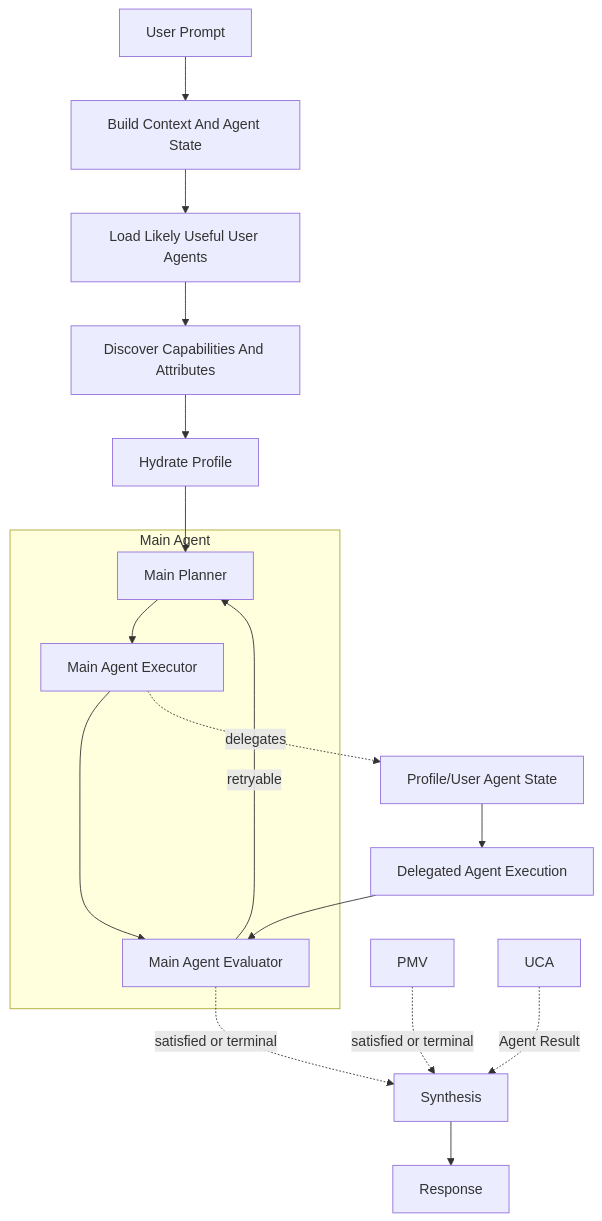
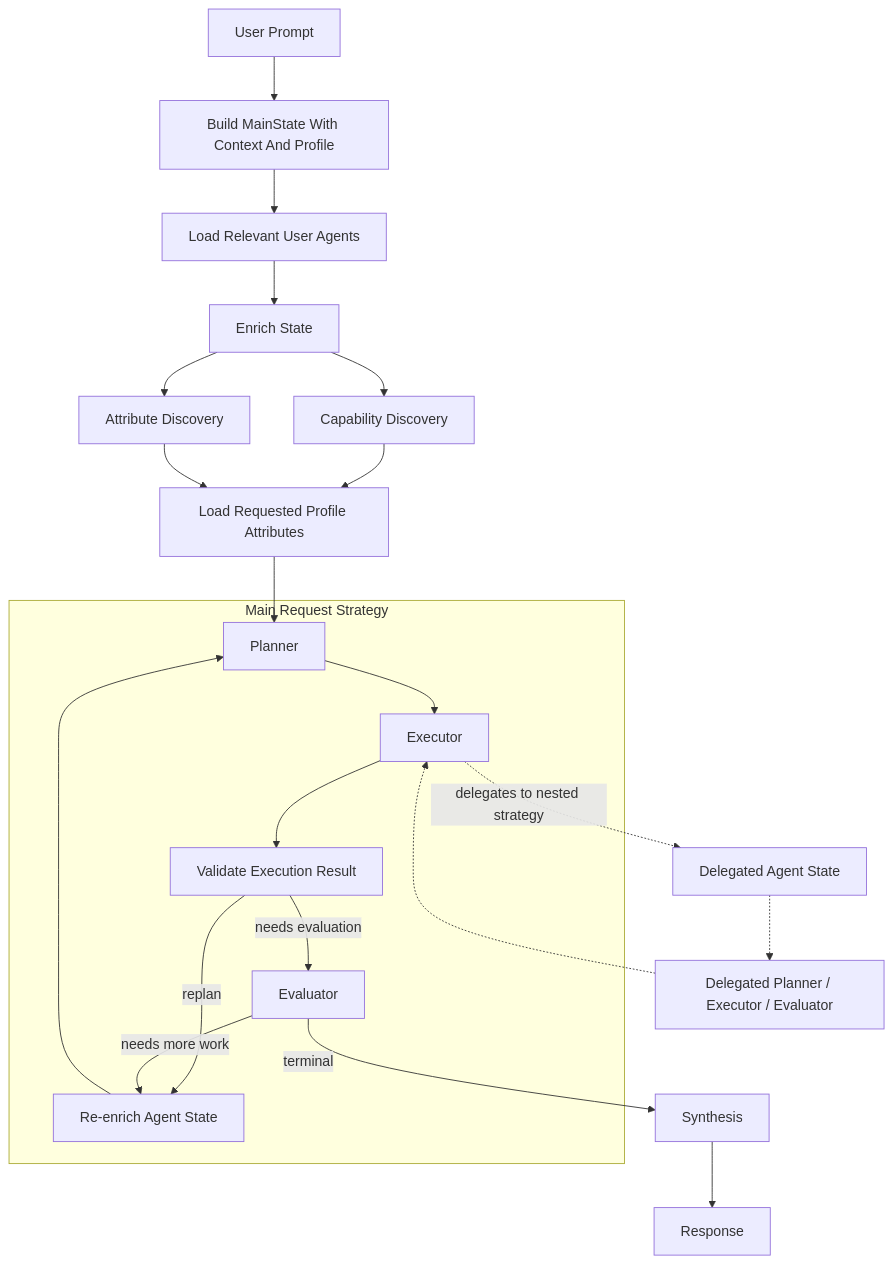
Before and after one commit to mikeshutov/llm_poc: the diagram in README.md, drawn with Mermaid. The commit also changed 3 other files, not shown here.

Commit message:
capability discovery cleanup and refactors additionally add more weights for tools

````diff
--- a/README.md
+++ b/README.md
@@ -37,20 +37,26 @@
 ```mermaid
 flowchart TD
-    A[User Prompt] --> B[Build Context And Agent State]
-    B --> LUA[Load Likely Useful User Agents]
-    LUA --> C[Discover Capabilities And Attributes]
-    C --> D[Hydrate Profile]
-    subgraph MAR[Main Agent]
-        P1[Main Planner] --> X[Main Agent Executor]
-        X --> EV[Main Agent Evaluator]
-        EV -->|retryable| P1
+    A[User Prompt] --> B[Build MainState With Context And Profile]
+    B --> LUA[Load Relevant User Agents]
+    LUA --> C[Enrich State]
+    C --> CD[Capability Discovery]
+    C --> AD[Attribute Discovery]
+    CD --> D[Load Requested Profile Attributes]
+    AD --> D
+    D --> P1
+
+    subgraph MAR[Main Request Strategy]
+        P1[Planner] --> X[Executor]
+        X --> V[Validate Execution Result]
+        V -->|needs evaluation| EV[Evaluator]
+        V -->|replan| R[Re-enrich Agent State]
+        R --> P1
+        EV -->|needs more work| R
     end
-    D --> P1
-    X -.->|delegates| DA[Profile/User Agent State]
-    DA --> DX[Delegated Agent Execution]
-    DX --> EV
-    EV -.->|satisfied or terminal| S[Synthesis]
-    PMV -.->|satisfied or terminal| S
-    UCA -.->|Agent Result| S
+
+    X -.->|delegates to nested strategy| DA[Delegated Agent State]
+    DA -.-> DX[Delegated Planner / Executor / Evaluator]
+    DX -.-> X
+    EV -->|terminal| S[Synthesis]
     S --> L[Response]
 ```
````
